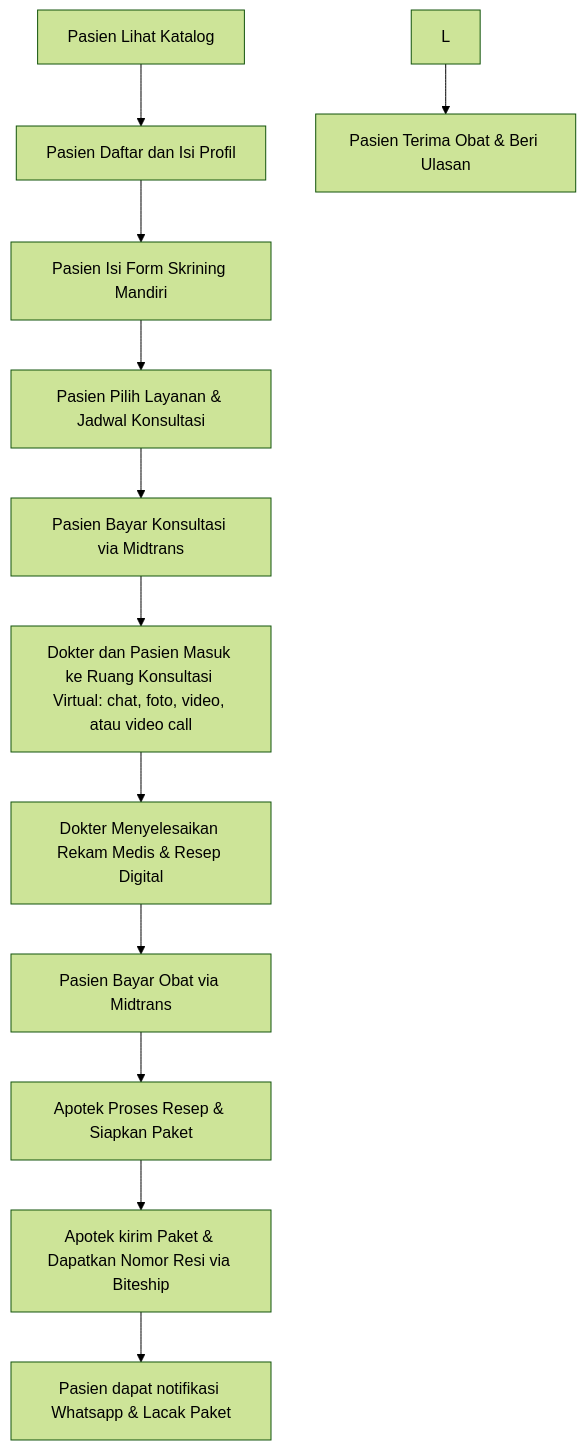
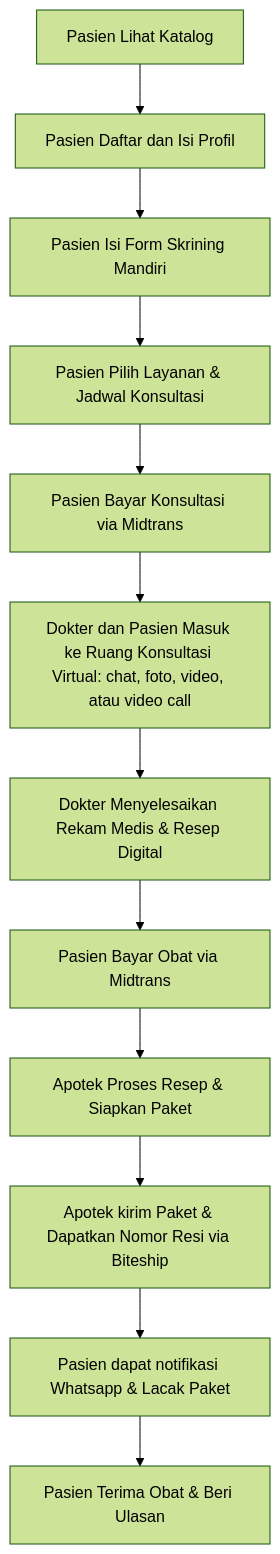
One commit to FathurRozzaq/perancangan-sistem-toko-online-obat changed the diagram in prd-website-toko-obat-online/07-model-telemedicine.md. Above: the diagram before and after it, drawn with Mermaid (forest theme).

Commit message:
Fix flow diagram: correct patient receipt of medication and review notification sequence

````diff
--- a/prd-website-toko-obat-online/07-model-telemedicine.md
+++ b/prd-website-toko-obat-online/07-model-telemedicine.md
@@ -114,14 +114,14 @@
 ```mermaid
 flowchart TD
 A[Pasien Lihat Katalog] --> B[Pasien Daftar dan Isi Profil] 
 B --> C[Pasien Isi Form Skrining Mandiri]
 C --> D[Pasien Pilih Layanan & Jadwal Konsultasi]
 D --> E[Pasien Bayar Konsultasi via Midtrans]
 E --> F[Dokter dan Pasien Masuk ke Ruang Konsultasi Virtual: chat, foto, video, atau video call]
 F --> G[Dokter Menyelesaikan Rekam Medis & Resep Digital]
 G --> H[Pasien Bayar Obat via Midtrans]
 H --> I[Apotek Proses Resep & Siapkan Paket]
 I --> J[Apotek kirim Paket & Dapatkan Nomor Resi via Biteship]
 J --> K[Pasien dapat notifikasi Whatsapp & Lacak Paket]
-L --> M[Pasien Terima Obat & Beri Ulasan]
+K --> L[Pasien Terima Obat & Beri Ulasan]
 ```
````
